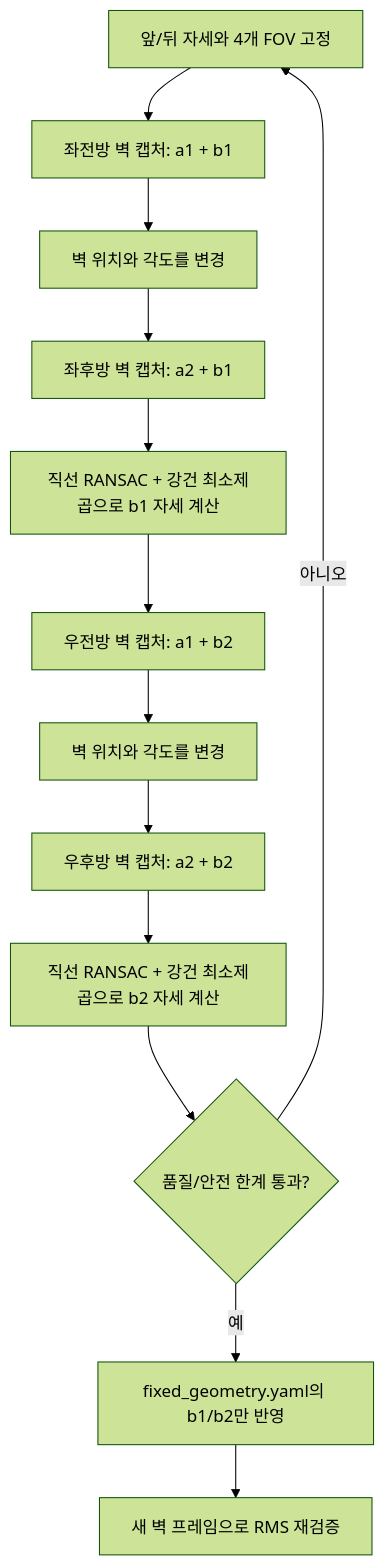
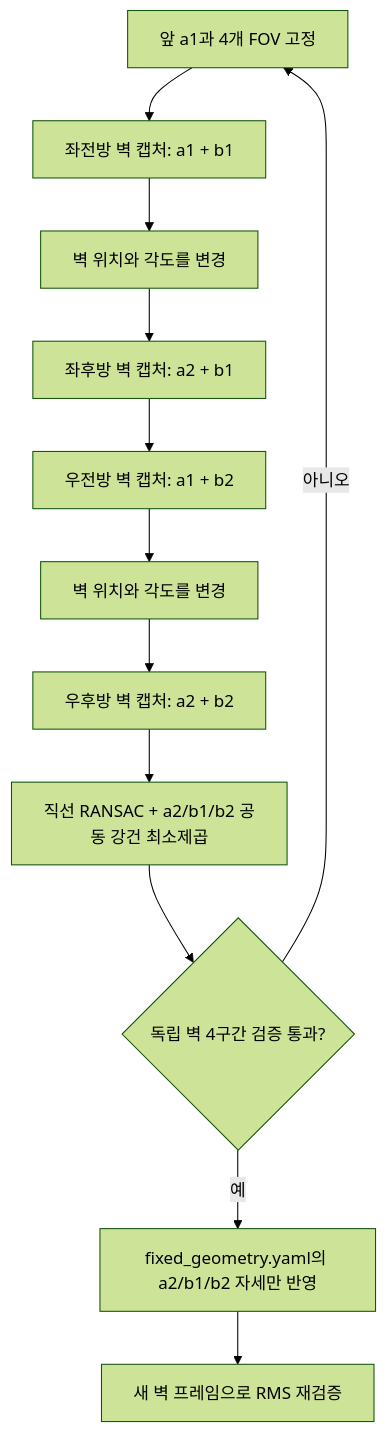
The second of 2 diagrams in src/lidar_fusion_v2/README.md (Kimyungi/HL-Global-Mobility-Team2), drawn with Mermaid (forest theme) before and after one commit. The commit also changed other lines of this file and 11 other files, not shown here.

````diff
--- a/src/lidar_fusion_v2/README.md
+++ b/src/lidar_fusion_v2/README.md
@@ -137,15 +140,14 @@
 ```mermaid
 flowchart TD
-    S[앞/뒤 자세와 4개 FOV 고정] --> FL[좌전방 벽 캡처: a1 + b1]
+    S[앞 a1과 4개 FOV 고정] --> FL[좌전방 벽 캡처: a1 + b1]
     FL --> RL[벽 위치와 각도를 변경]
     RL --> RLC[좌후방 벽 캡처: a2 + b1]
-    RLC --> L[직선 RANSAC + 강건 최소제곱으로 b1 자세 계산]
-    L --> FR[우전방 벽 캡처: a1 + b2]
+    RLC --> FR[우전방 벽 캡처: a1 + b2]
     FR --> RR[벽 위치와 각도를 변경]
     RR --> RRC[우후방 벽 캡처: a2 + b2]
-    RRC --> R[직선 RANSAC + 강건 최소제곱으로 b2 자세 계산]
-    R --> G{품질/안전 한계 통과?}
+    RRC --> R[직선 RANSAC + a2/b1/b2 공동 강건 최소제곱]
+    R --> G{독립 벽 4구간 검증 통과?}
     G -- 아니오 --> S
-    G -- 예 --> A[fixed_geometry.yaml의 b1/b2만 반영]
+    G -- 예 --> A[fixed_geometry.yaml의 a2/b1/b2 자세만 반영]
     A --> V[새 벽 프레임으로 RMS 재검증]
 ```
````
